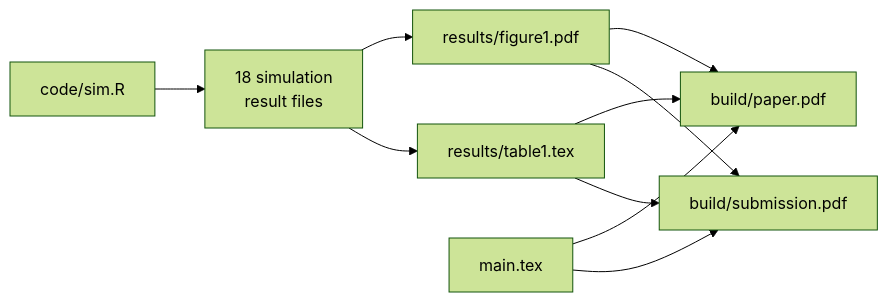
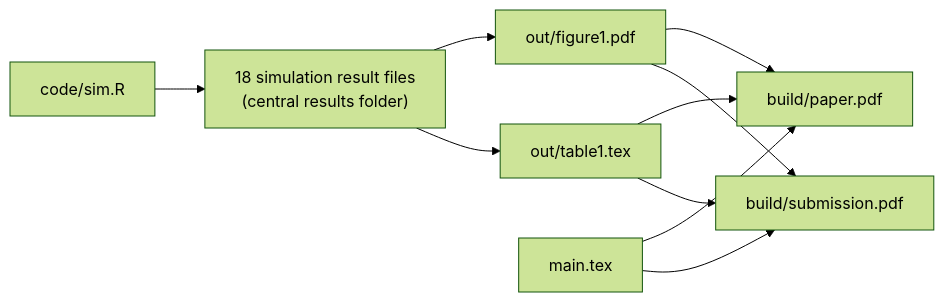
The diagram in index.qmd (lharris421/snakemake-tutorial), drawn with Mermaid (forest theme) before and after one commit. The commit also changed 66 other files, not shown here.

First line of the commit message:
Centralize simulation results in one shareable folder

````diff
--- a/index.qmd
+++ b/index.qmd
@@ -50,13 +50,13 @@
 ```{mermaid}
 %%| fig-align: center
 flowchart LR
-  C[code/sim.R] --> S1[18 simulation<br/>result files]
-  S1 --> F[results/figure1.pdf]
-  S1 --> T[results/table1.tex]
+  C[code/sim.R] --> S1["18 simulation result files<br/>(central results folder)"]
+  S1 --> F[out/figure1.pdf]
+  S1 --> T[out/table1.tex]
   F --> P[build/paper.pdf]
   T --> P
   M[main.tex] --> P
   M --> R[build/submission.pdf]
   F --> R
   T --> R
 ```
````
